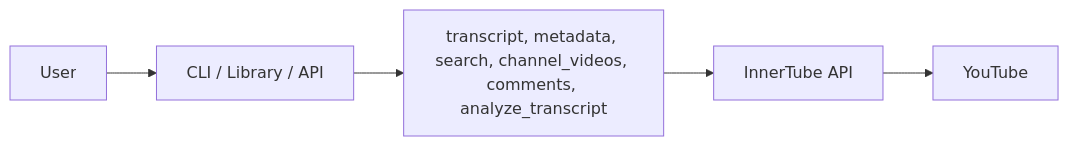
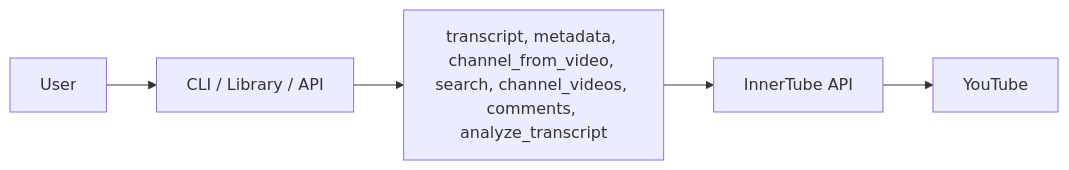
One commit to tsnthiago/inner-tchube changed the diagram in README.md. Above: the diagram before and after it, drawn with Mermaid. The commit also changed other lines of this file and 5 other files, not shown here.

First line of the commit message:
Add get_channel_from_video functionality and update documentation

````diff
--- a/README.md
+++ b/README.md
@@ -5,7 +5,7 @@
 ```mermaid
 flowchart LR
     User[User] --> Entry[CLI / Library / API]
-    Entry --> Modules[transcript, metadata, search, channel_videos, comments, analyze_transcript]
+    Entry --> Modules[transcript, metadata, channel_from_video, search, channel_videos, comments, analyze_transcript]
     Modules --> InnerTube[InnerTube API]
     InnerTube --> YouTube[YouTube]
 ```
````
